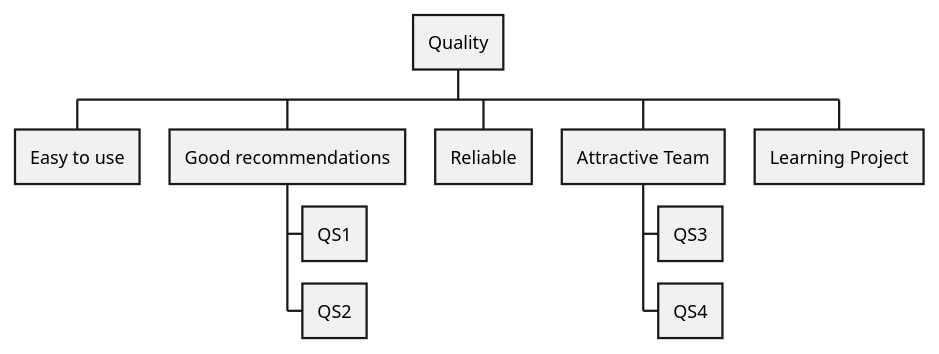
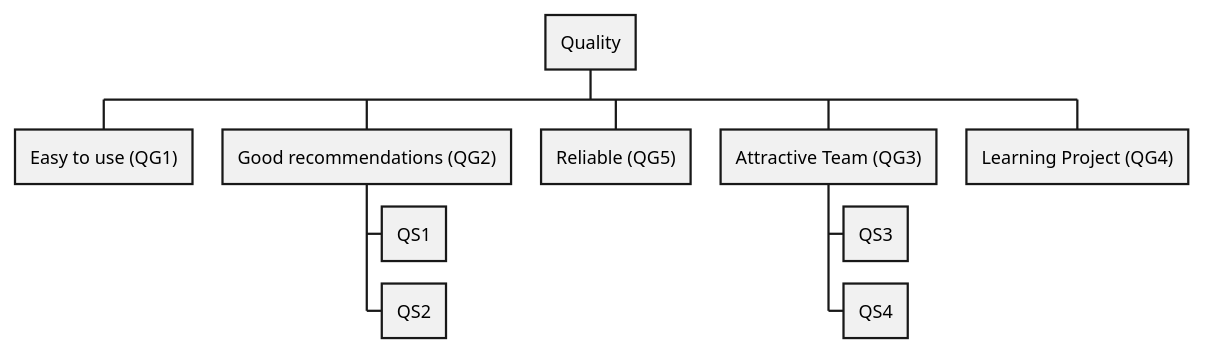
The diagram in src/main/jbake/content/documentation/arc42/src/10_quality_scenarios.adoc (dancier/documentation), drawn with PlantUML before and after one commit. The commit also changed other lines of this file, not shown here.

Commit message:
quality scenaria

```diff
--- a/src/main/jbake/content/documentation/arc42/src/10_quality_scenarios.adoc
+++ b/src/main/jbake/content/documentation/arc42/src/10_quality_scenarios.adoc
@@ -6,21 +6,21 @@
 [plantuml, cloud-architecture, svg]
 ....
 @startwbs
 * Quality
-** Easy to use
+** Easy to use (QG1)
 
-** Good recommendations
+** Good recommendations (QG2)
 *** QS1
 *** QS2
 
-** Reliable
+** Reliable (QG5)
 
 
-** Attractive Team
+** Attractive Team (QG3)
 *** QS3
 *** QS4
 
-** Learning Project
+** Learning Project (QG4)
 
 @endwbs
 ....
```
